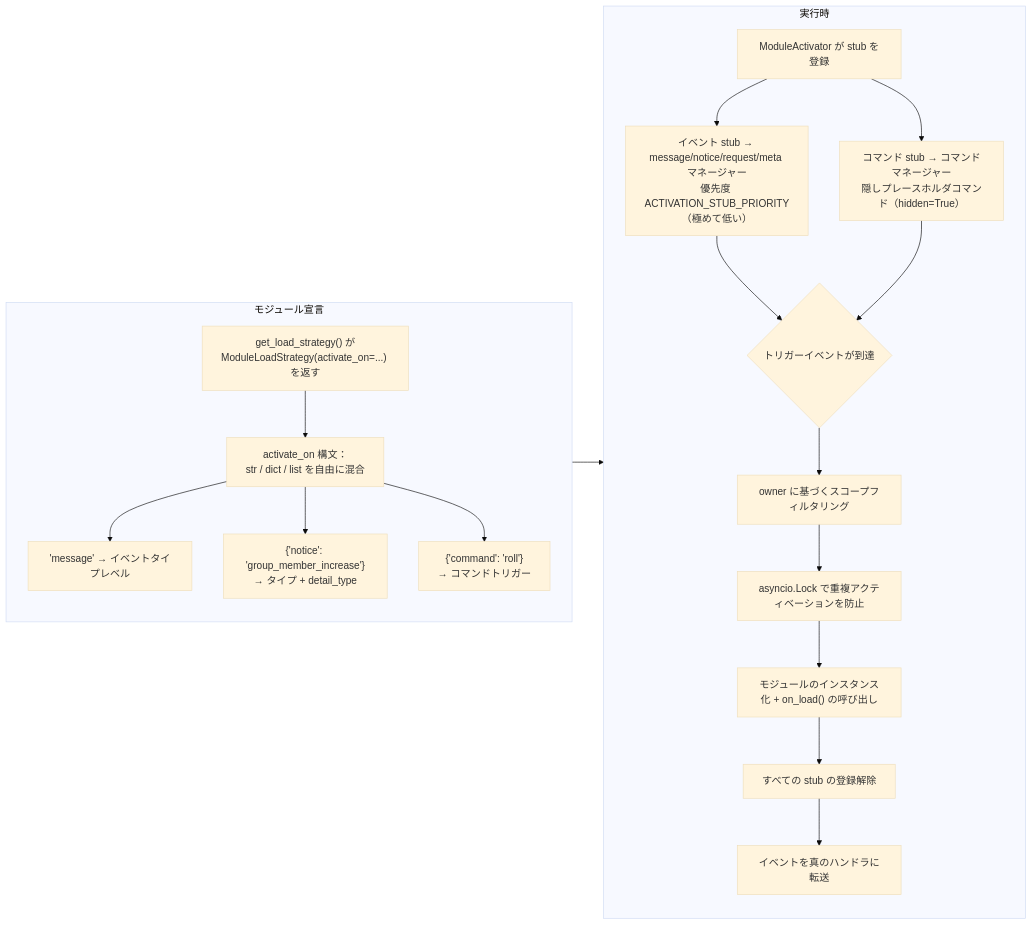
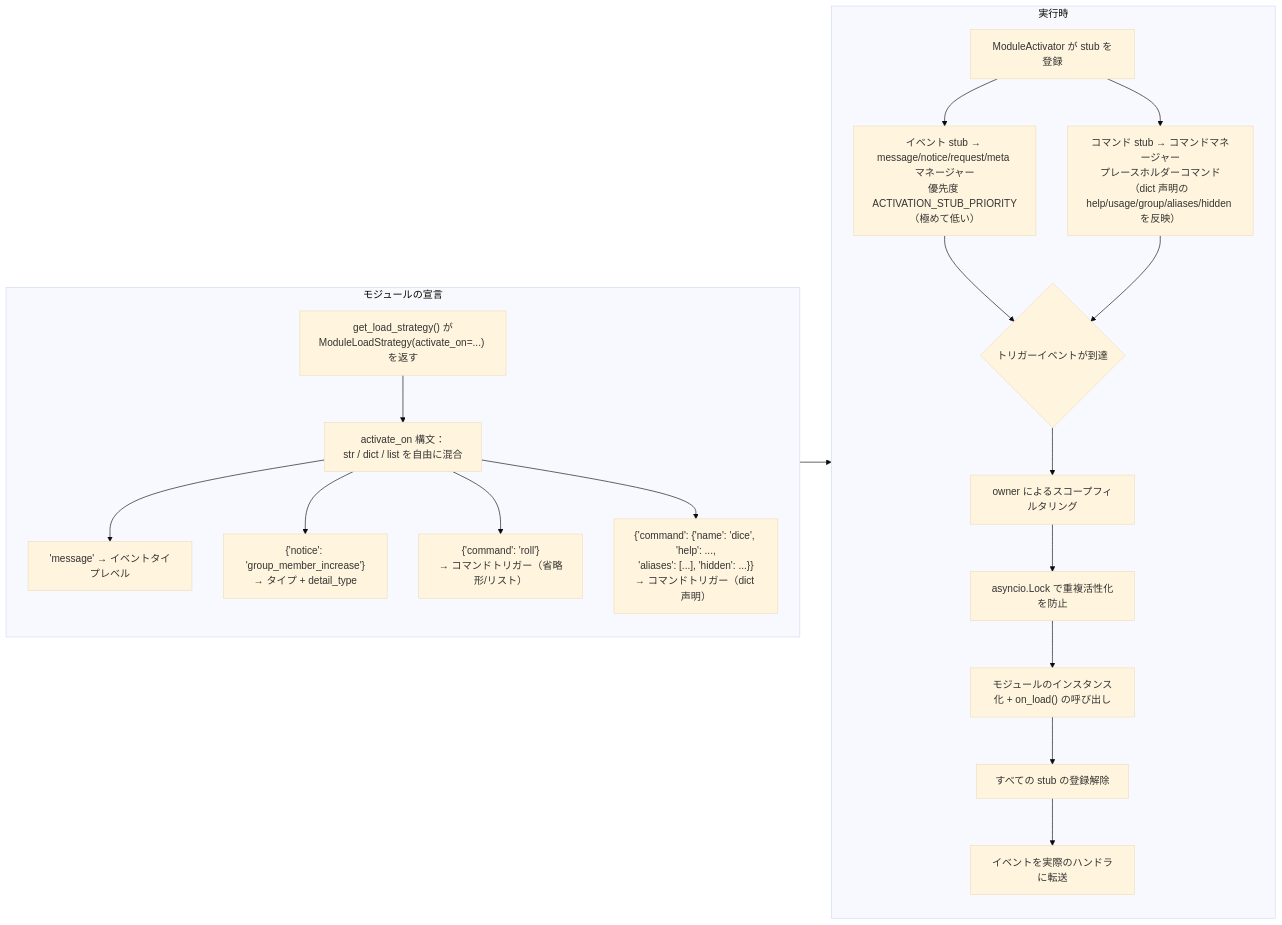
One commit to ErisPulse/ErisPulse changed the sixth of 8 diagrams in docs/ja/architecture.md. Above: the diagram before and after it, drawn with Mermaid (base theme). The commit also changed other lines of this file and 127 other files, not shown here.

````diff
--- a/docs/ja/architecture.md
+++ b/docs/ja/architecture.md
@@ -204,23 +179,24 @@
 ```mermaid
 flowchart LR
-    subgraph Declare["モジュール宣言"]
+    subgraph Declare["モジュールの宣言"]
         S1["get_load_strategy() が<br/>ModuleLoadStrategy(activate_on=...) を返す"] --> S2["activate_on 構文：<br/>str / dict / list を自由に混合"]
         S2 --> S2a["'message' → イベントタイプレベル"]
         S2 --> S2b["{'notice': 'group_member_increase'}<br/>→ タイプ + detail_type"]
-        S2 --> S2c["{'command': 'roll'}<br/>→ コマンドトリガー"]
+        S2 --> S2c["{'command': 'roll'}<br/>→ コマンドトリガー（省略形/リスト）"]
+        S2 --> S2d["{'command': {'name': 'dice', 'help': ...,<br/>'aliases': [...], 'hidden': ...}}<br/>→ コマンドトリガー（dict 声明）"]
     end
 
     subgraph Runtime["実行時"]
         R1["ModuleActivator が stub を登録"] --> R1a["イベント stub → message/notice/request/meta マネージャー<br/>優先度 ACTIVATION_STUB_PRIORITY（極めて低い）"]
-        R1 --> R1b["コマンド stub → コマンドマネージャー<br/>隠しプレースホルダコマンド（hidden=True）"]
+        R1 --> R1b["コマンド stub → コマンドマネージャー<br/>プレースホルダーコマンド（dict 声明の help/usage/group/aliases/hidden を反映）"]
         R1a --> R2{"トリガーイベントが到達"}
         R1b --> R2
-        R2 --> R3["owner に基づくスコープフィルタリング"]
-        R3 --> R4["asyncio.Lock で重複アクティベーションを防止"]
+        R2 --> R3["owner によるスコープフィルタリング"]
+        R3 --> R4["asyncio.Lock で重複活性化を防止"]
         R4 --> R5["モジュールのインスタンス化 + on_load() の呼び出し"]
         R5 --> R6["すべての stub の登録解除"]
-        R6 --> R7["イベントを真のハンドラに転送"]
+        R6 --> R7["イベントを実際のハンドラに転送"]
     end
 
     Declare --> Runtime
 ```
````
